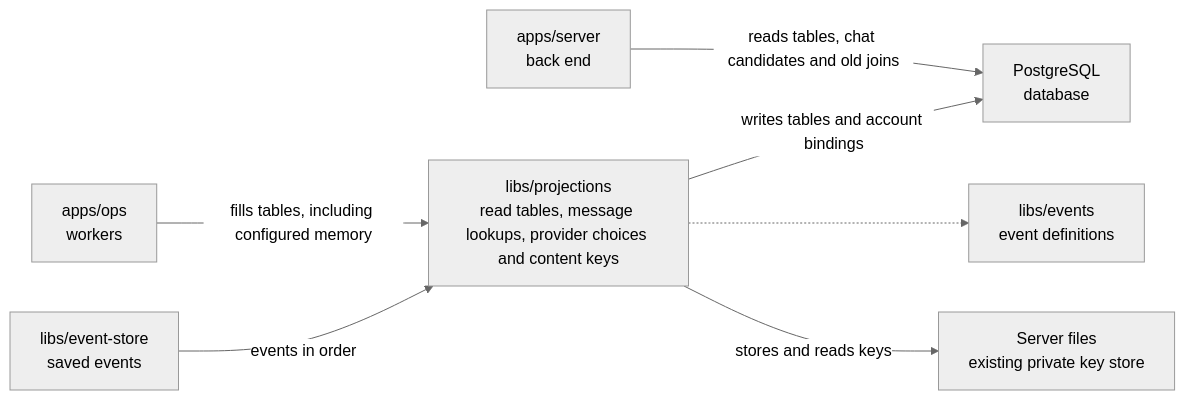
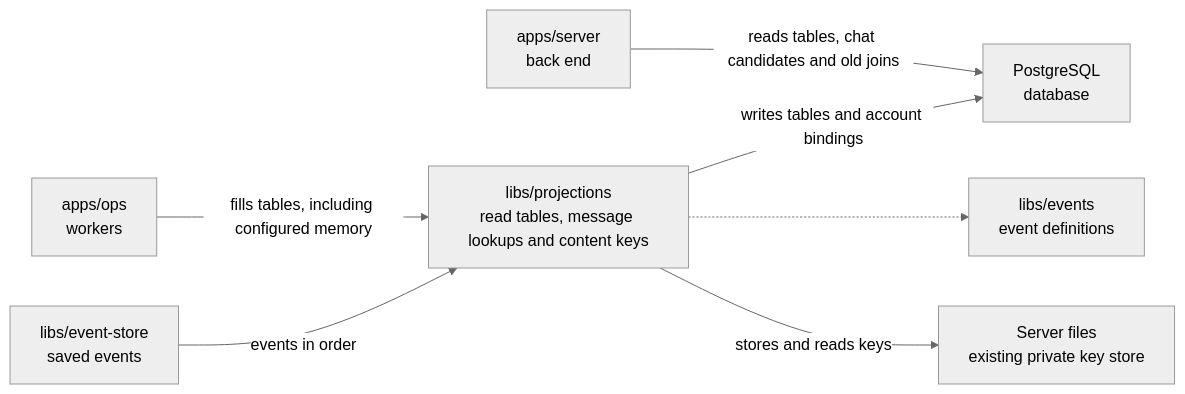
Before and after one commit to elewa-git/opencrane-new: the diagram in libs/projections/README.md, drawn with Mermaid (neutral theme). The commit also changed other lines of this file and 9 other files, not shown here.

````diff
--- a/libs/projections/README.md
+++ b/libs/projections/README.md
@@ -23,9 +23,9 @@
 ```mermaid
 flowchart LR
-  ops["apps/ops<br/>workers"] -->|fills tables, including configured memory| projections["libs/projections<br/>read tables, message lookups, provider choices and content keys"]
+  ops["apps/ops<br/>workers"] -->|fills tables, including configured memory| projections["libs/projections<br/>read tables, message lookups and content keys"]
   server["apps/server<br/>back end"] -->|reads tables, chat candidates and old joins| pg["PostgreSQL<br/>database"]
   projections -->|writes tables and account bindings| pg
   store["libs/event-store<br/>saved events"] -->|events in order| projections
   projections -.-> events["libs/events<br/>event definitions"]
   projections -->|stores and reads keys| keys["Server files<br/>existing private key store"]
 ```
````
